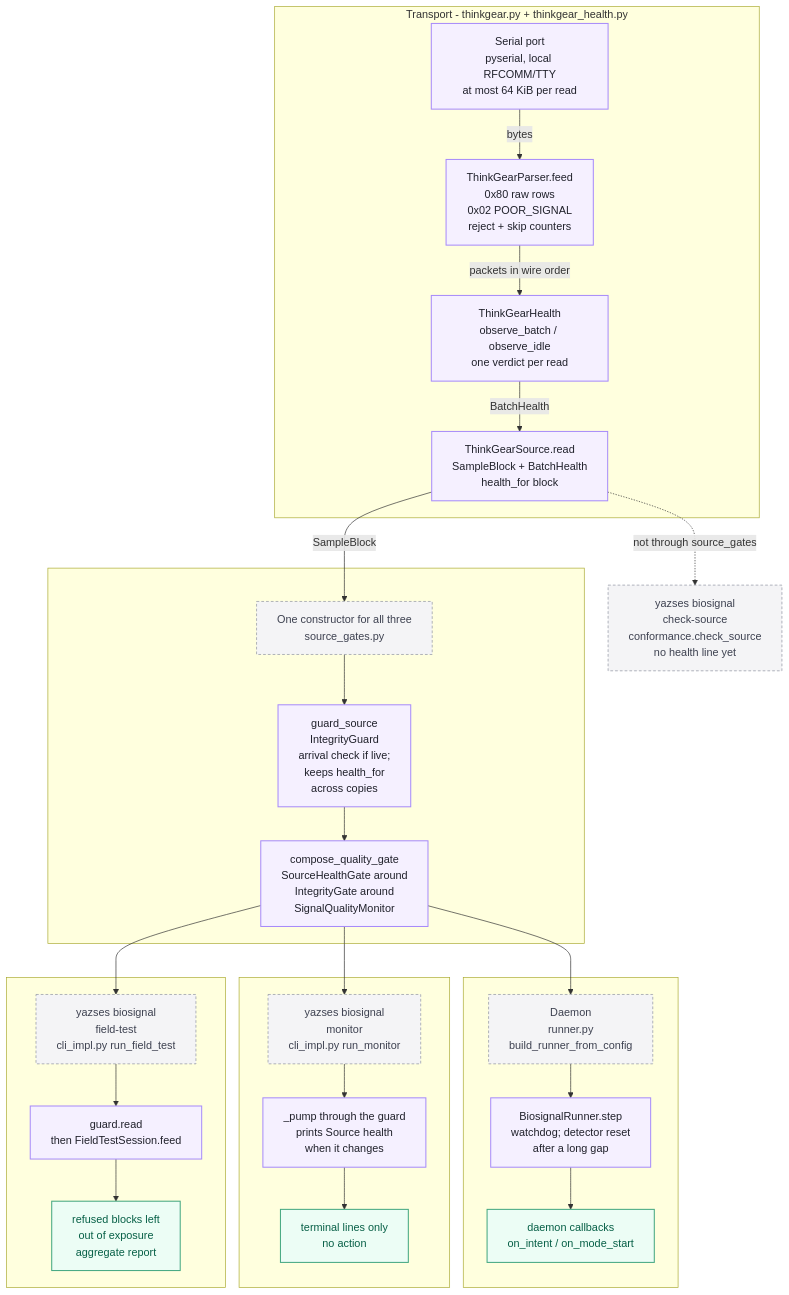
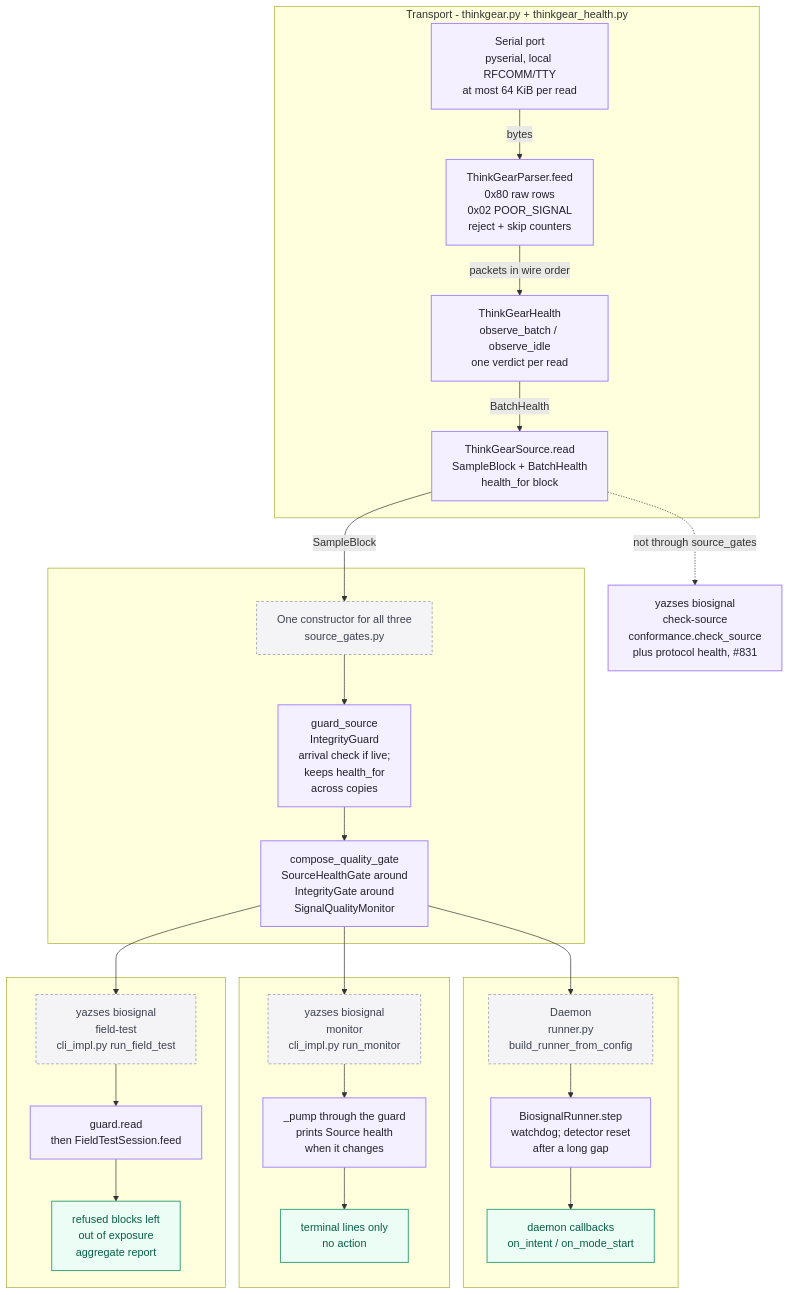
One commit to MSKazemi/yazses changed the first of 6 diagrams in design/biosignal/thinkgear-flowcharts.md. Above: the diagram before and after it, drawn with Mermaid. The commit also changed other lines of this file and 15 other files, not shown here.

First line of the commit message:
feat(biosignal): ThinkGear protocol health, named gate holds, Linux preflight

````diff
--- a/design/biosignal/thinkgear-flowcharts.md
+++ b/design/biosignal/thinkgear-flowcharts.md
@@ -18,52 +18,52 @@
 ```mermaid
 flowchart TB
     classDef normal  fill:#f5f0ff,stroke:#a78bfa,stroke-width:1.5px,color:#20212b
     classDef success fill:#ecfdf5,stroke:#43a780,stroke-width:1.5px,color:#065f46
     classDef failure fill:#fff1f2,stroke:#fb7185,stroke-width:1.5px,color:#9f1239
     classDef muted   fill:#f4f4f6,stroke:#8c91a0,stroke-width:1px,stroke-dasharray:4 3,color:#3d4150
 
     subgraph T[Transport - thinkgear.py + thinkgear_health.py]
         SER[Serial port<br/>pyserial, local RFCOMM/TTY<br/>at most 64 KiB per read]
         PAR[ThinkGearParser.feed<br/>0x80 raw rows<br/>0x02 POOR_SIGNAL<br/>reject + skip counters]
         HL[ThinkGearHealth<br/>observe_batch / observe_idle<br/>one verdict per read]
         SRC[ThinkGearSource.read<br/>SampleBlock + BatchHealth<br/>health_for block]
         SER -->|bytes| PAR -->|packets in wire order| HL -->|BatchHealth| SRC
     end
 
     subgraph SG[" "]
         SGH[One constructor for all three<br/>source_gates.py]:::muted
         GS[guard_source<br/>IntegrityGuard<br/>arrival check if live;<br/>keeps health_for<br/>across copies]
         CQ[compose_quality_gate<br/>SourceHealthGate around<br/>IntegrityGate around<br/>SignalQualityMonitor]
         SGH --> GS --> CQ
     end
 
     SRC -->|SampleBlock| SGH
-    SRC -.->|not through source_gates| CS[yazses biosignal<br/>check-source<br/>conformance.check_source<br/>no health line yet]:::muted
+    SRC -.->|not through source_gates| CS[yazses biosignal<br/>check-source<br/>conformance.check_source<br/>plus protocol health, #831]:::normal
 
     CQ --> DH
     CQ --> MH
     CQ --> FH
 
     subgraph D[" "]
         DH[Daemon<br/>runner.py<br/>build_runner_from_config]:::muted
         DR[BiosignalRunner.step<br/>watchdog; detector reset<br/>after a long gap]
         DA[daemon callbacks<br/>on_intent / on_mode_start]:::success
         DH --> DR --> DA
     end
 
     subgraph M[" "]
         MH[yazses biosignal<br/>monitor<br/>cli_impl.py run_monitor]:::muted
         MP[_pump through the guard<br/>prints Source health<br/>when it changes]
         MO[terminal lines only<br/>no action]:::success
         MH --> MP --> MO
     end
 
     subgraph F[" "]
         FH[yazses biosignal<br/>field-test<br/>cli_impl.py run_field_test]:::muted
         FP[guard.read<br/>then FieldTestSession.feed]
         FO[refused blocks left<br/>out of exposure<br/>aggregate report]:::success
         FH --> FP --> FO
     end
 
     class SER,PAR,HL,SRC,GS,CQ,DR,MP,FP normal
 ```
````
